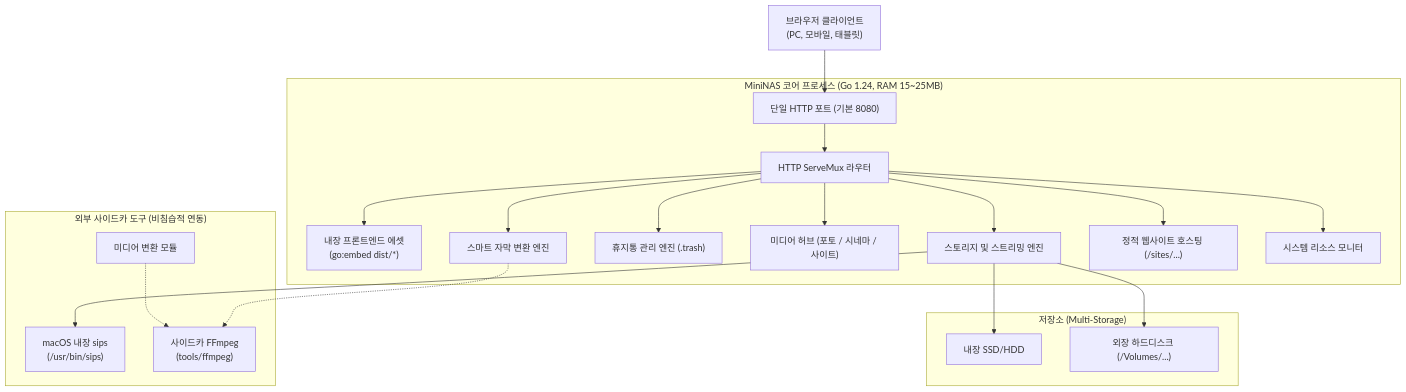
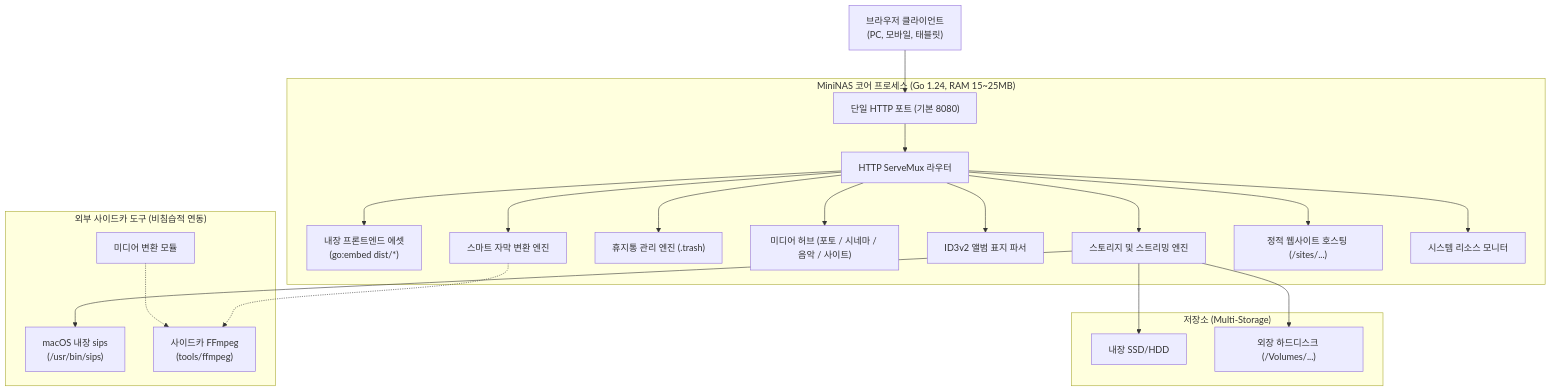
One commit to choonsik/mininas changed the diagram in SPEC.md. Above: the diagram before and after it, drawn with Mermaid. The commit also changed other lines of this file, not shown here.

````diff
--- a/SPEC.md
+++ b/SPEC.md
@@ -25,26 +25,27 @@
 ```mermaid
 graph TD
     Client["브라우저 클라이언트<br/>(PC, 모바일, 태블릿)"] --> HTTP["단일 HTTP 포트 (기본 8080)"]
 
     subgraph "MiniNAS 코어 프로세스 (Go 1.24, RAM 15~25MB)"
         HTTP --> Mux["HTTP ServeMux 라우터"]
         Mux --> StaticFS["내장 프론트엔드 에셋<br/>(go:embed dist/*)"]
         Mux --> StorageEngine["스토리지 및 스트리밍 엔진"]
         Mux --> TrashEngine["휴지통 관리 엔진 (.trash)"]
-        Mux --> MediaHubs["미디어 허브 (포토 / 시네마 / 사이트)"]
+        Mux --> MediaHubs["미디어 허브 (포토 / 시네마 / 음악 / 사이트)"]
+        Mux --> MusicCoverEngine["ID3v2 앨범 표지 파서"]
         Mux --> SubtitleEngine["스마트 자막 변환 엔진"]
         Mux --> HostingEngine["정적 웹사이트 호스팅 (/sites/...)"]
         Mux --> SysMonitor["시스템 리소스 모니터"]
     end
 
     subgraph "외부 사이드카 도구 (비침습적 연동)"
         StorageEngine --> NativeSips["macOS 내장 sips<br/>(/usr/bin/sips)"]
         SubtitleEngine -.-> SidecarFFmpeg["사이드카 FFmpeg<br/>(tools/ffmpeg)"]
         Converter["미디어 변환 모듈"] -.-> SidecarFFmpeg
     end
 
     subgraph "저장소 (Multi-Storage)"
         StorageEngine --> LocalDisk["내장 SSD/HDD"]
         StorageEngine --> ExternalHDD["외장 하드디스크 (/Volumes/...)"]
     end
 ```
````
